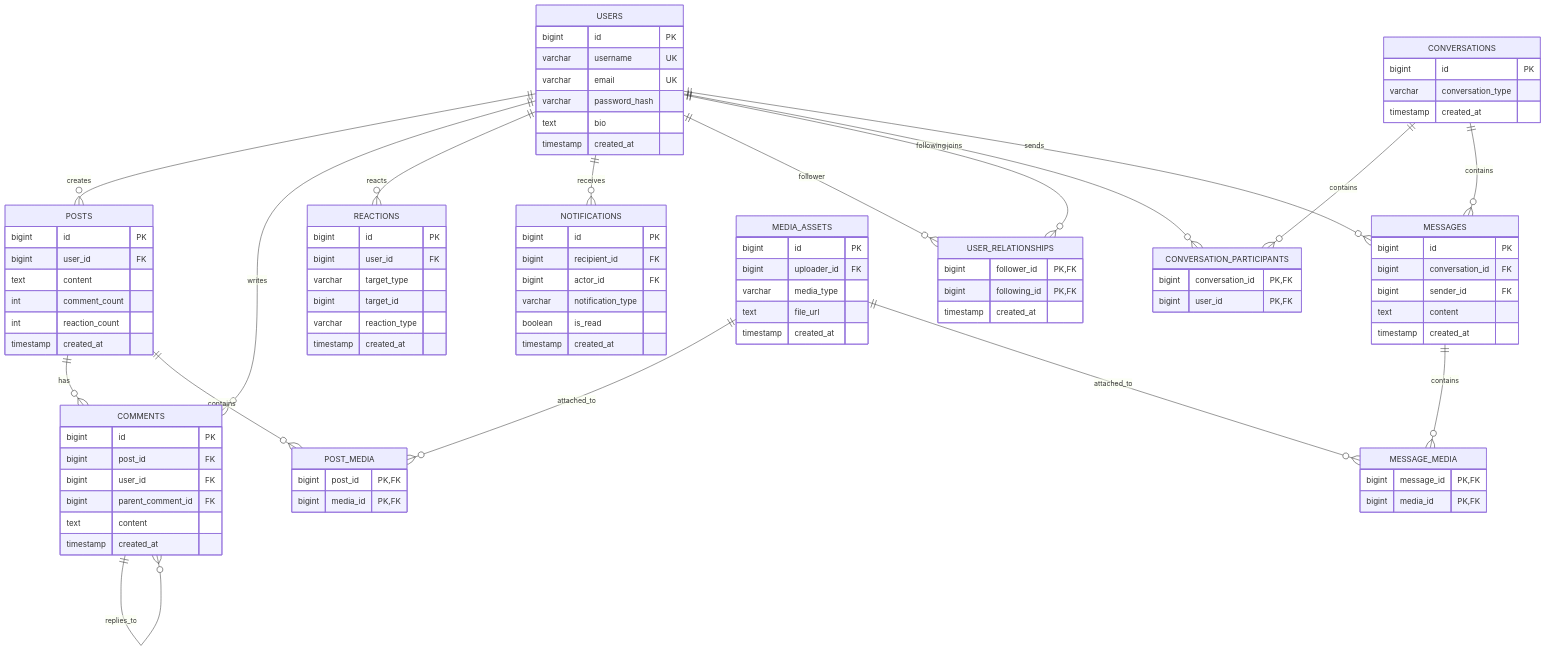
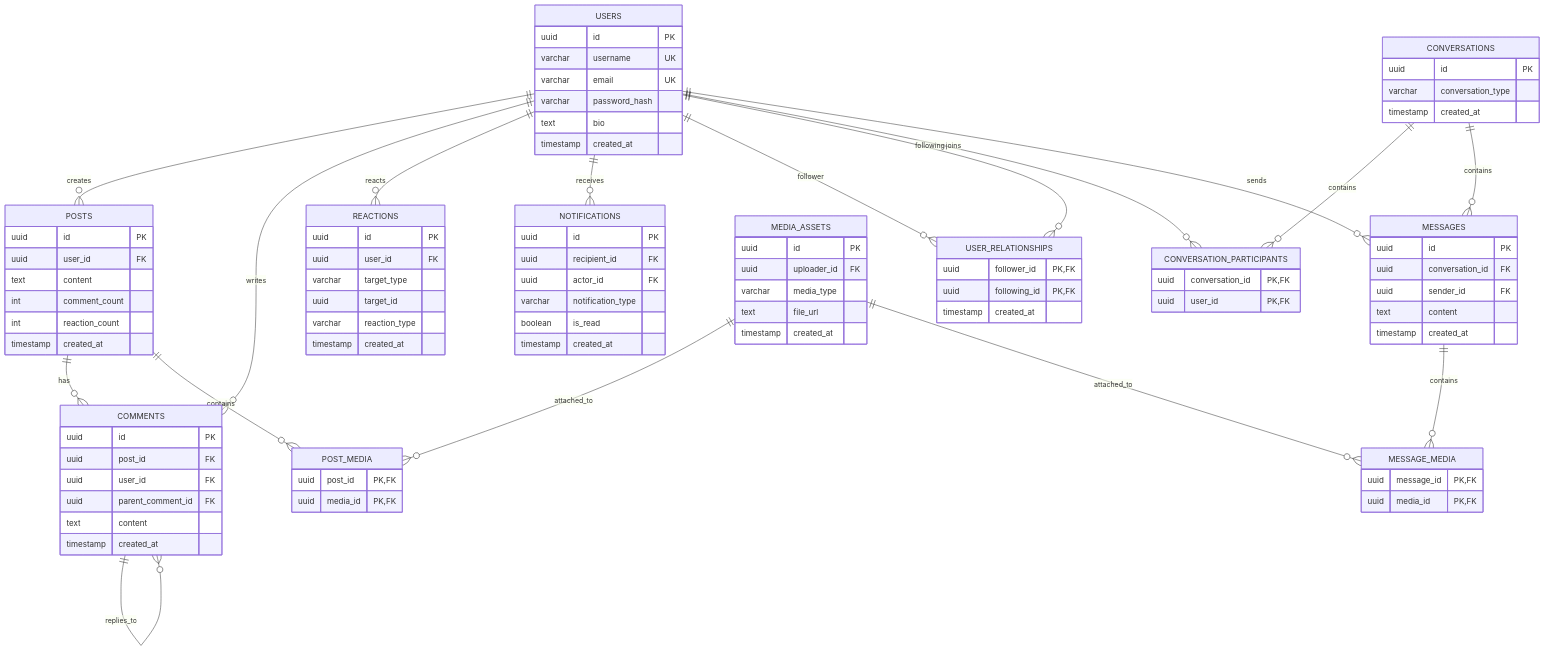
Before and after one commit to ekarobyanto/majoo-architect-test: the diagram in database-design-optimization/readme.md, drawn with Mermaid. The commit also changed 1 other file, not shown here.

Commit message:
chore : add schema.dbml

```diff
--- a/database-design-optimization/readme.md
+++ b/database-design-optimization/readme.md
@@ -64,7 +64,7 @@
     MESSAGES ||--o{ MESSAGE_MEDIA : contains
 
     USERS {
-        bigint id PK
+        uuid id PK
         varchar username UK
         varchar email UK
         varchar password_hash
@@ -73,14 +73,14 @@
     }
 
     USER_RELATIONSHIPS {
-        bigint follower_id PK,FK
-        bigint following_id PK,FK
+        uuid follower_id PK,FK
+        uuid following_id PK,FK
         timestamp created_at
     }
 
     POSTS {
-        bigint id PK
-        bigint user_id FK
+        uuid id PK
+        uuid user_id FK
         text content
         int comment_count
         int reaction_count
@@ -88,64 +88,64 @@
     }
 
     MEDIA_ASSETS {
-        bigint id PK
-        bigint uploader_id FK
+        uuid id PK
+        uuid uploader_id FK
         varchar media_type
         text file_url
         timestamp created_at
     }
 
     POST_MEDIA {
-        bigint post_id PK,FK
-        bigint media_id PK,FK
+        uuid post_id PK,FK
+        uuid media_id PK,FK
     }
 
     COMMENTS {
-        bigint id PK
-        bigint post_id FK
-        bigint user_id FK
-        bigint parent_comment_id FK
+        uuid id PK
+        uuid post_id FK
+        uuid user_id FK
+        uuid parent_comment_id FK
         text content
         timestamp created_at
     }
 
     REACTIONS {
-        bigint id PK
-        bigint user_id FK
+        uuid id PK
+        uuid user_id FK
         varchar target_type
-        bigint target_id
+        uuid target_id
         varchar reaction_type
         timestamp created_at
     }
 
     CONVERSATIONS {
-        bigint id PK
+        uuid id PK
         varchar conversation_type
         timestamp created_at
     }
 
     CONVERSATION_PARTICIPANTS {
-        bigint conversation_id PK,FK
-        bigint user_id PK,FK
+        uuid conversation_id PK,FK
+        uuid user_id PK,FK
     }
 
     MESSAGES {
-        bigint id PK
-        bigint conversation_id FK
-        bigint sender_id FK
+        uuid id PK
+        uuid conversation_id FK
+        uuid sender_id FK
         text content
         timestamp created_at
     }
 
     MESSAGE_MEDIA {
-        bigint message_id PK,FK
-        bigint media_id PK,FK
+        uuid message_id PK,FK
+        uuid media_id PK,FK
     }
 
     NOTIFICATIONS {
-        bigint id PK
-        bigint recipient_id FK
-        bigint actor_id FK
+        uuid id PK
+        uuid recipient_id FK
+        uuid actor_id FK
         varchar notification_type
         boolean is_read
         timestamp created_at
```
